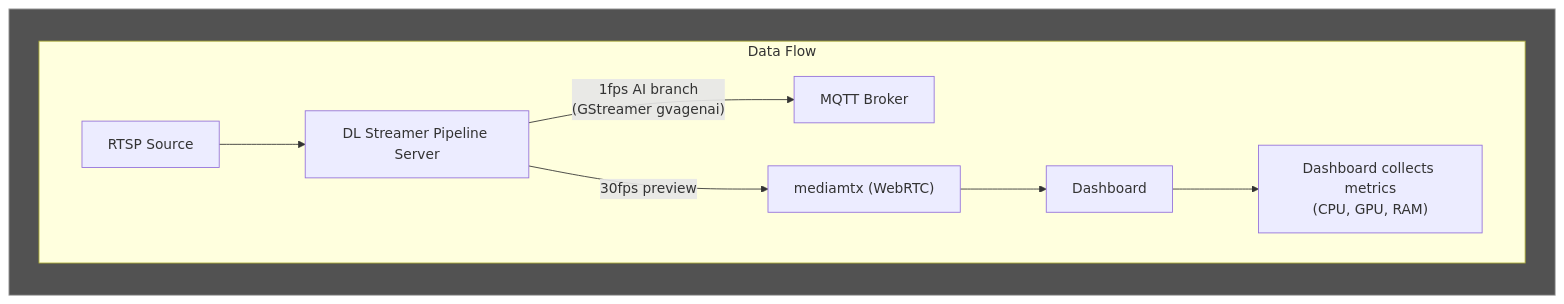
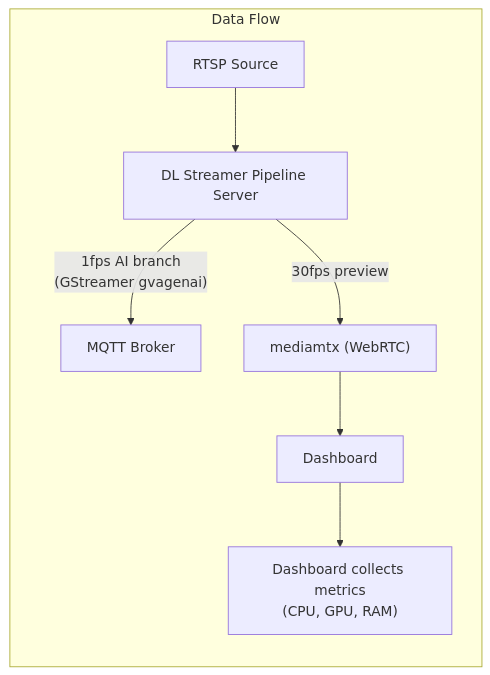
One commit to open-edge-platform/edge-ai-suites changed the diagram in metro-ai-suite/live-video-analysis/live-video-captioning/docs/user-guide/how-it-works.md. Above: the diagram before and after it, drawn with Mermaid. The commit also changed 1 other file, not shown here.

Commit message:
remove Mermaid wrapper subgraph, address documentation check issue

````diff
--- a/metro-ai-suite/live-video-analysis/live-video-captioning/docs/user-guide/how-it-works.md
+++ b/metro-ai-suite/live-video-analysis/live-video-captioning/docs/user-guide/how-it-works.md
@@ -9,16 +9,10 @@
 ```mermaid
 flowchart LR
-  subgraph WRAPPER[" "]
-    direction TB
-
-    subgraph FLOW["Data Flow"]
-      RTSP["RTSP Source"] --> DPS["DL Streamer Pipeline Server"]
-      DPS -->|"1fps AI branch\n(GStreamer gvagenai)"| MQTT["MQTT Broker"]
-      DPS -->|"30fps preview"| MTX["mediamtx (WebRTC)"]
-      MTX --> DASH["Dashboard"]
-      DASH --> METRICS["Dashboard collects metrics\n(CPU, GPU, RAM)"]
-    end
+  subgraph FLOW["Data Flow"]
+    RTSP["RTSP Source"] --> DPS["DL Streamer Pipeline Server"]
+    DPS -->|"1fps AI branch\n(GStreamer gvagenai)"| MQTT["MQTT Broker"]
+    DPS -->|"30fps preview"| MTX["mediamtx (WebRTC)"]
+    MTX --> DASH["Dashboard"]
+    DASH --> METRICS["Dashboard collects metrics\n(CPU, GPU, RAM)"]
   end
-
-  style WRAPPER fill:#525252,stroke:#B0B0B0,stroke-width:1px
 ```
````
